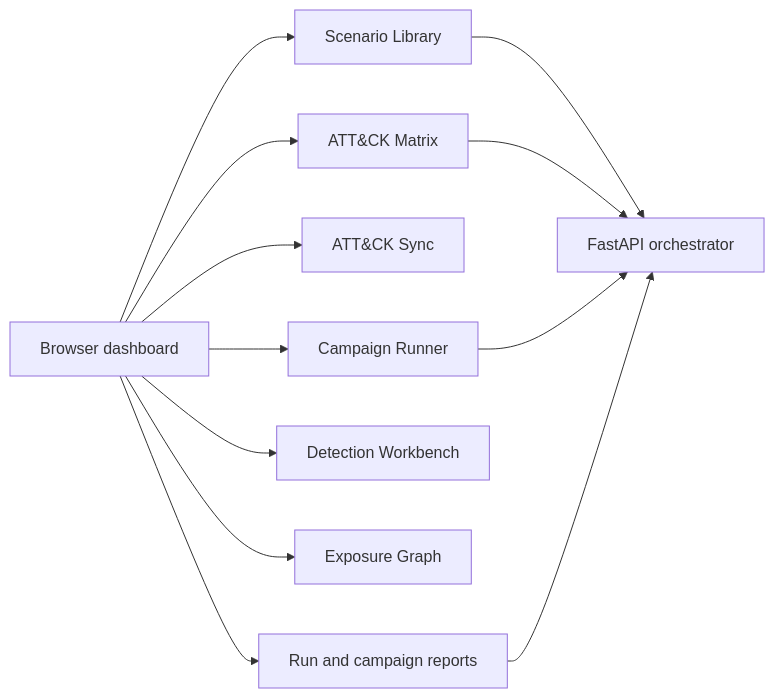
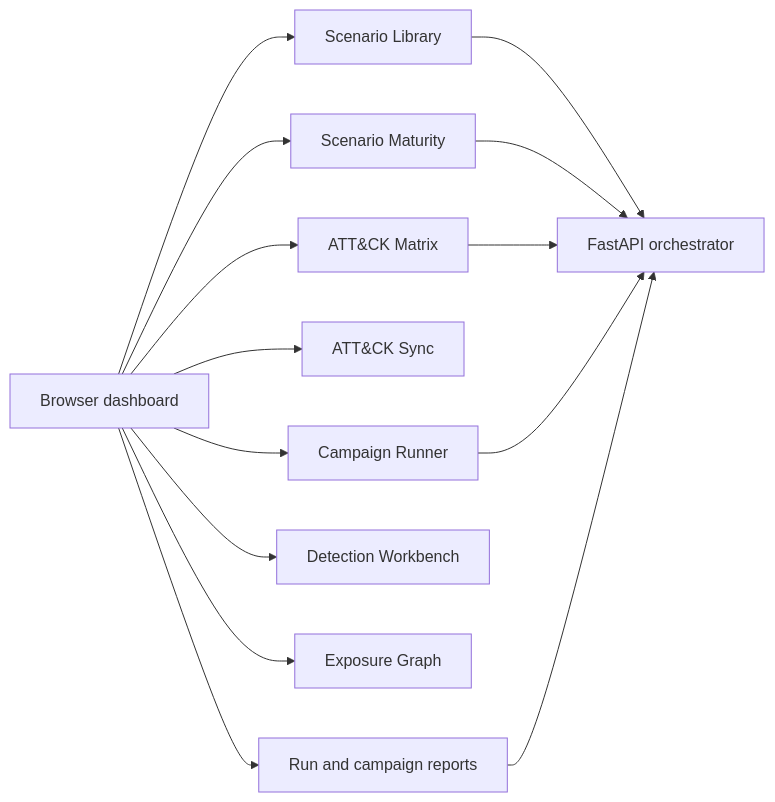
The first of 5 diagrams in README.md (omarbabba779xx/APT-Simulator), drawn with Mermaid before and after one commit. The commit also changed other lines of this file and 30 other files, not shown here.

````diff
--- a/README.md
+++ b/README.md
@@ -19,14 +20,16 @@
 ```mermaid
 flowchart LR
     Dashboard["Browser dashboard"] --> Library["Scenario Library"]
+    Dashboard --> Maturity["Scenario Maturity"]
     Dashboard --> Matrix["ATT&CK Matrix"]
     Dashboard --> Sync["ATT&CK Sync"]
     Dashboard --> Campaigns["Campaign Runner"]
     Dashboard --> Workbench["Detection Workbench"]
     Dashboard --> Exposure["Exposure Graph"]
     Dashboard --> Reports["Run and campaign reports"]
     Library --> API["FastAPI orchestrator"]
+    Maturity --> API
     Matrix --> API
     Campaigns --> API
     Reports --> API
 ```
````
